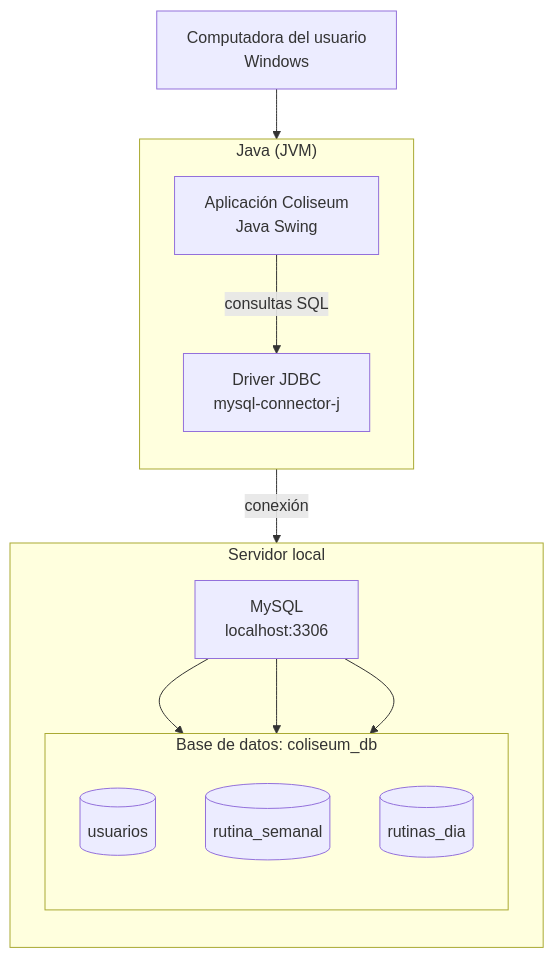
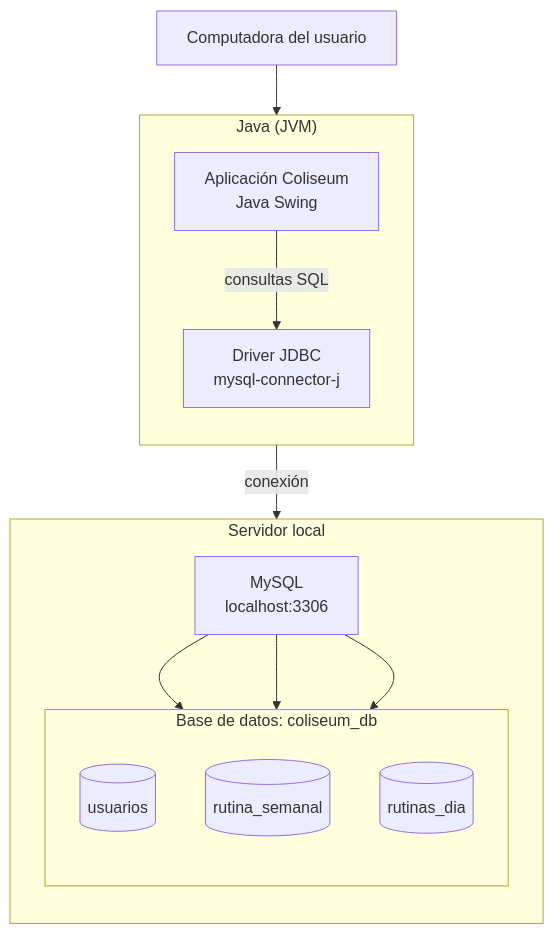
The first of 2 diagrams in docs/infraestructura.md (RodillaOff/proyecto_JBDPA_grupo_3), drawn with Mermaid before and after one commit.

````diff
--- a/docs/infraestructura.md
+++ b/docs/infraestructura.md
@@ -5,28 +5,28 @@
 ```mermaid
 flowchart TB
-    PC[" Computadora del usuario<br/>Windows"]
+    PC[" Computadora del usuario"]
 
     subgraph JVM["Java (JVM)"]
         direction TB
         APP["Aplicación Coliseum<br/>Java Swing"]
         JDBC["Driver JDBC<br/>mysql-connector-j"]
     end
 
     subgraph SRV["Servidor local"]
         direction TB
         MYSQL["MySQL<br/>localhost:3306"]
         subgraph BD["Base de datos: coliseum_db"]
             direction TB
             T1[("usuarios")]
             T2[("rutina_semanal")]
             T3[("rutinas_dia")]
         end
     end
 
     PC --> APP
     APP -->|"consultas SQL"| JDBC
     JDBC -->|"conexión"| MYSQL
     MYSQL --> T1
     MYSQL --> T2
     MYSQL --> T3
 ```
````
